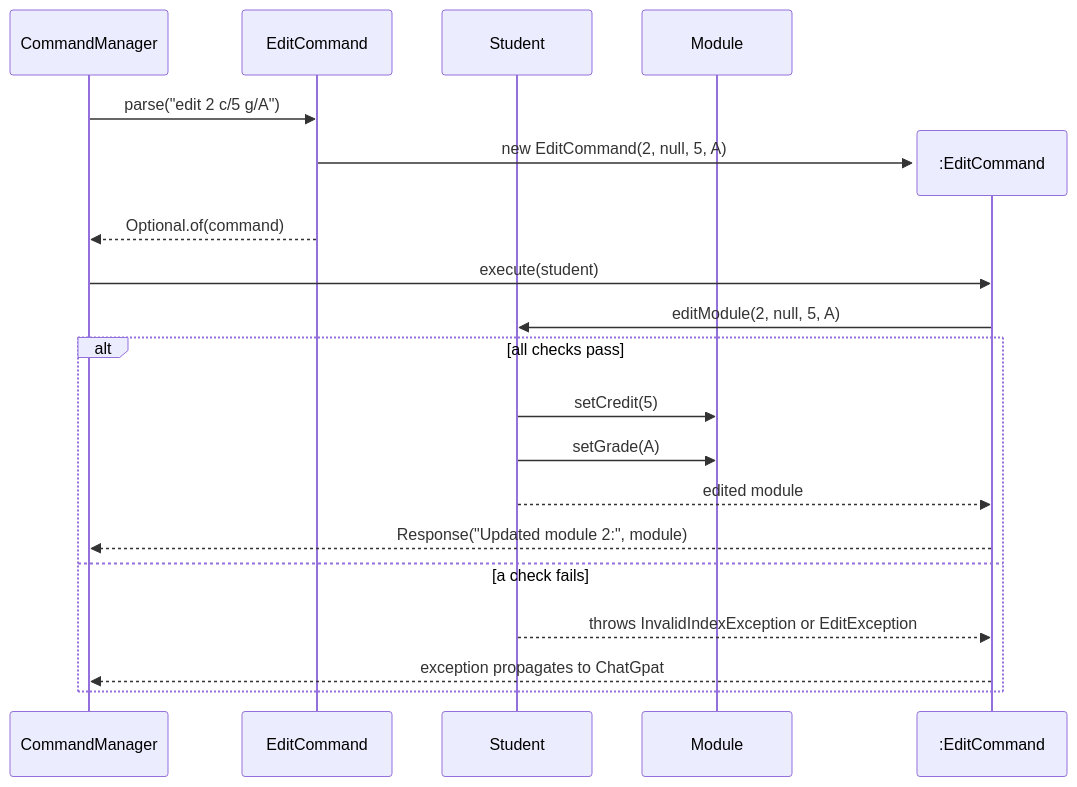
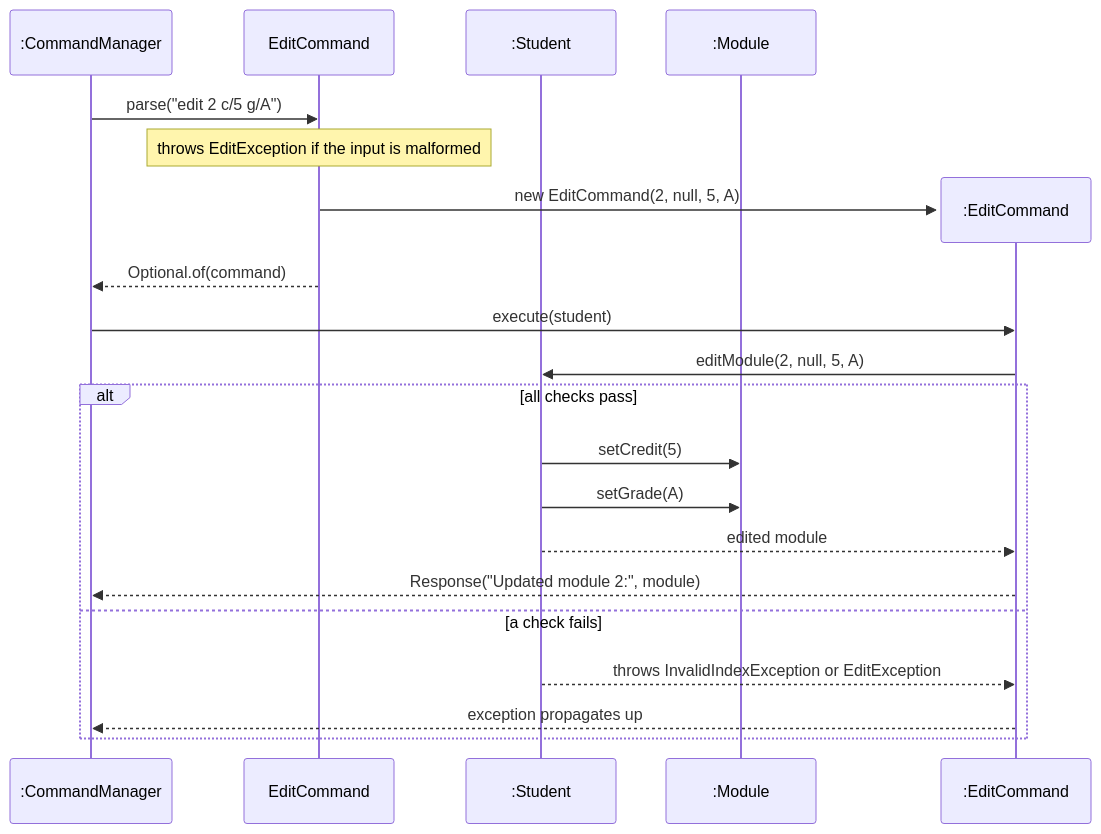
One commit to AY2627S1-CS2113-T11-2/tp changed the fourth of 10 diagrams in docs/DeveloperGuide.md. Above: the diagram before and after it, drawn with Mermaid. The commit also changed other lines of this file, not shown here.

Commit message:
Fix diagram notation and layout in the Developer Guide

````diff
--- a/docs/DeveloperGuide.md
+++ b/docs/DeveloperGuide.md
@@ -237,24 +238,25 @@
 ```mermaid
 sequenceDiagram
-    participant CM as CommandManager
-    participant EC as EditCommand
-    participant S as Student
-    participant M as Module
+  participant CM as :CommandManager
+  participant EC as EditCommand
+  participant S as :Student
+  participant M as :Module
 
-    CM->>EC: parse("edit 2 c/5 g/A")
-    create participant E as :EditCommand
-    EC->>E: new EditCommand(2, null, 5, A)
-    EC-->>CM: Optional.of(command)
+  CM->>EC: parse("edit 2 c/5 g/A")
+  Note over EC: throws EditException if the input is malformed
+  create participant E as :EditCommand
+  EC->>E: new EditCommand(2, null, 5, A)
+  EC-->>CM: Optional.of(command)
 
-    CM->>E: execute(student)
-    E->>S: editModule(2, null, 5, A)
-    alt all checks pass
-        S->>M: setCredit(5)
-        S->>M: setGrade(A)
-        S-->>E: edited module
-        E-->>CM: Response("Updated module 2:", module)
-    else a check fails
-        S-->>E: throws InvalidIndexException or EditException
-        E-->>CM: exception propagates to ChatGpat
-    end
+  CM->>E: execute(student)
+  E->>S: editModule(2, null, 5, A)
+  alt all checks pass
+    S->>M: setCredit(5)
+    S->>M: setGrade(A)
+    S-->>E: edited module
+    E-->>CM: Response("Updated module 2:", module)
+  else a check fails
+    S-->>E: throws InvalidIndexException or EditException
+    E-->>CM: exception propagates up
+  end
 ```
````
